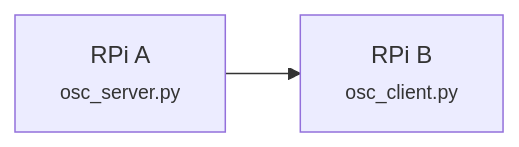
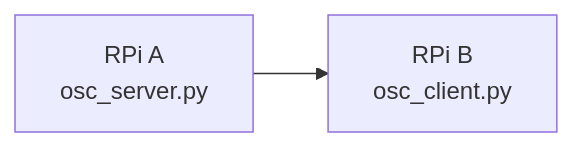
Before and after one commit to huats-club/oscstarterkit: the diagram in tutorial1/tutorial1.md, drawn with Mermaid.

````diff
--- a/tutorial1/tutorial1.md
+++ b/tutorial1/tutorial1.md
@@ -8,5 +8,5 @@
 ```mermaid
 graph LR
 
-A[RPi A<br><font size=2>osc_server.py] --> B[RPi B<br><font size=2>osc_client.py]
+A[RPi A<br>osc_server.py] --> B[RPi B<br>osc_client.py]
 ```
````
